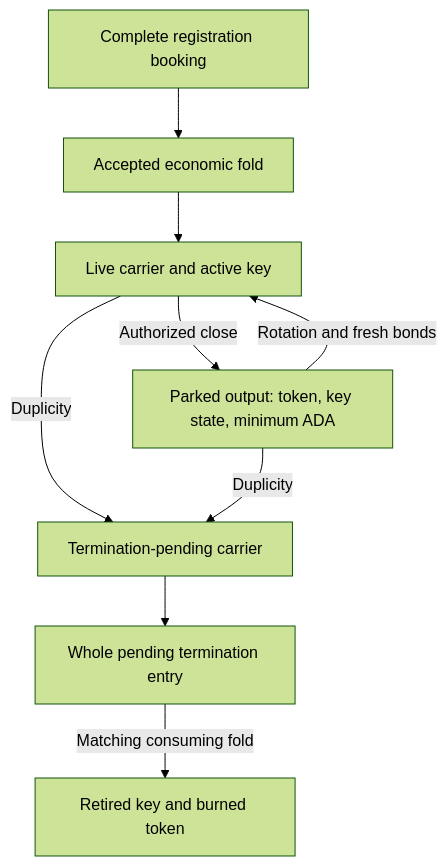
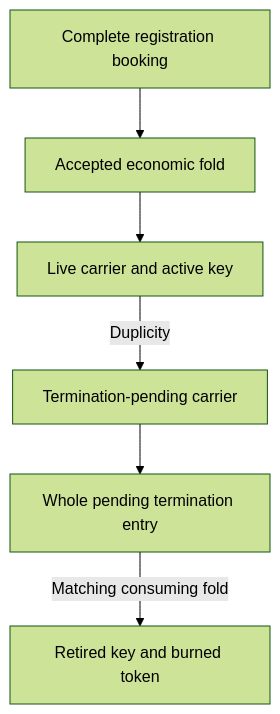
One commit to lambdasistemi/cardano-keri changed the diagram in docs/design/registry-as-mpfs.md. Above: the diagram before and after it, drawn with Mermaid (forest theme). The commit also changed other lines of this file and 51 other files, not shown here.

````diff
--- a/docs/design/registry-as-mpfs.md
+++ b/docs/design/registry-as-mpfs.md
@@ -37,11 +38,8 @@
 ```mermaid
 flowchart TD
   Request[Complete registration booking] --> Fold[Accepted economic fold]
   Fold --> Live[Live carrier and active key]
-  Live -->|Authorized close| Parked[Parked output: token, key state, minimum ADA]
-  Parked -->|Rotation and fresh bonds| Live
   Live -->|Duplicity| Pending[Termination-pending carrier]
-  Parked -->|Duplicity| Pending
   Pending --> Booked[Whole pending termination entry]
   Booked -->|Matching consuming fold| Retired[Retired key and burned token]
 ```
````
